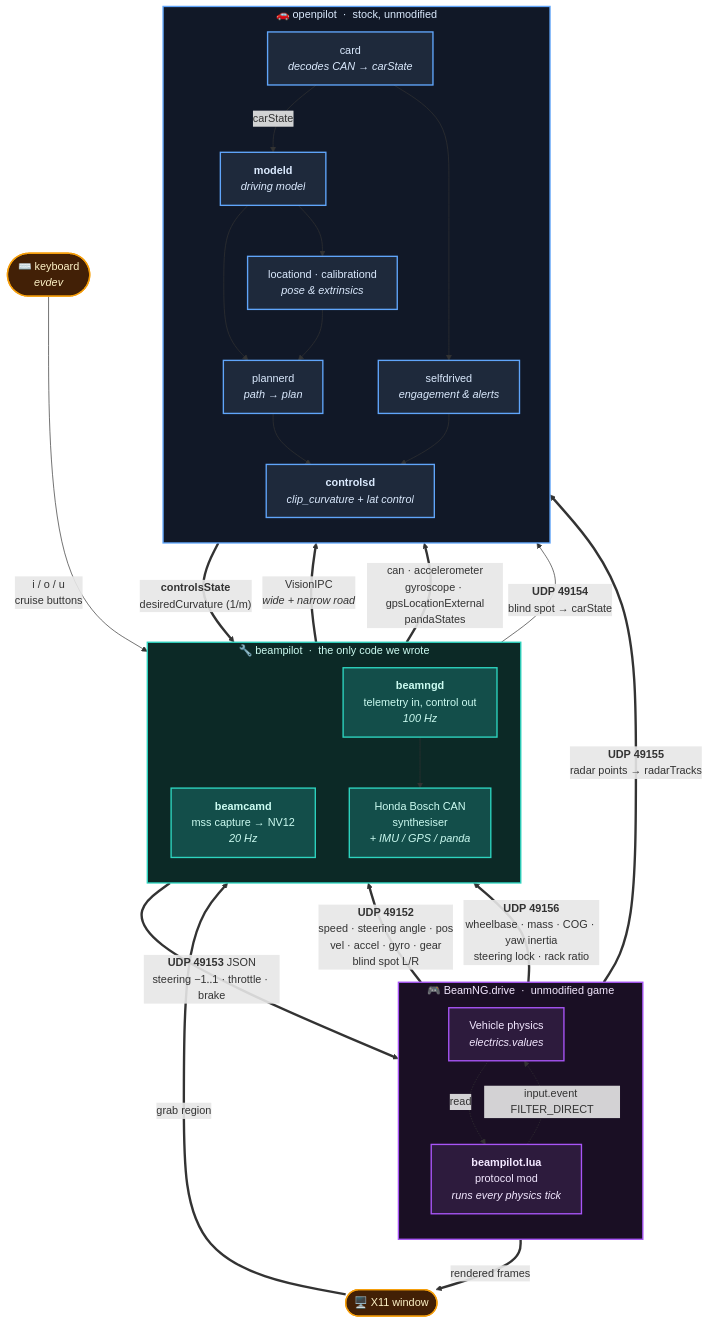
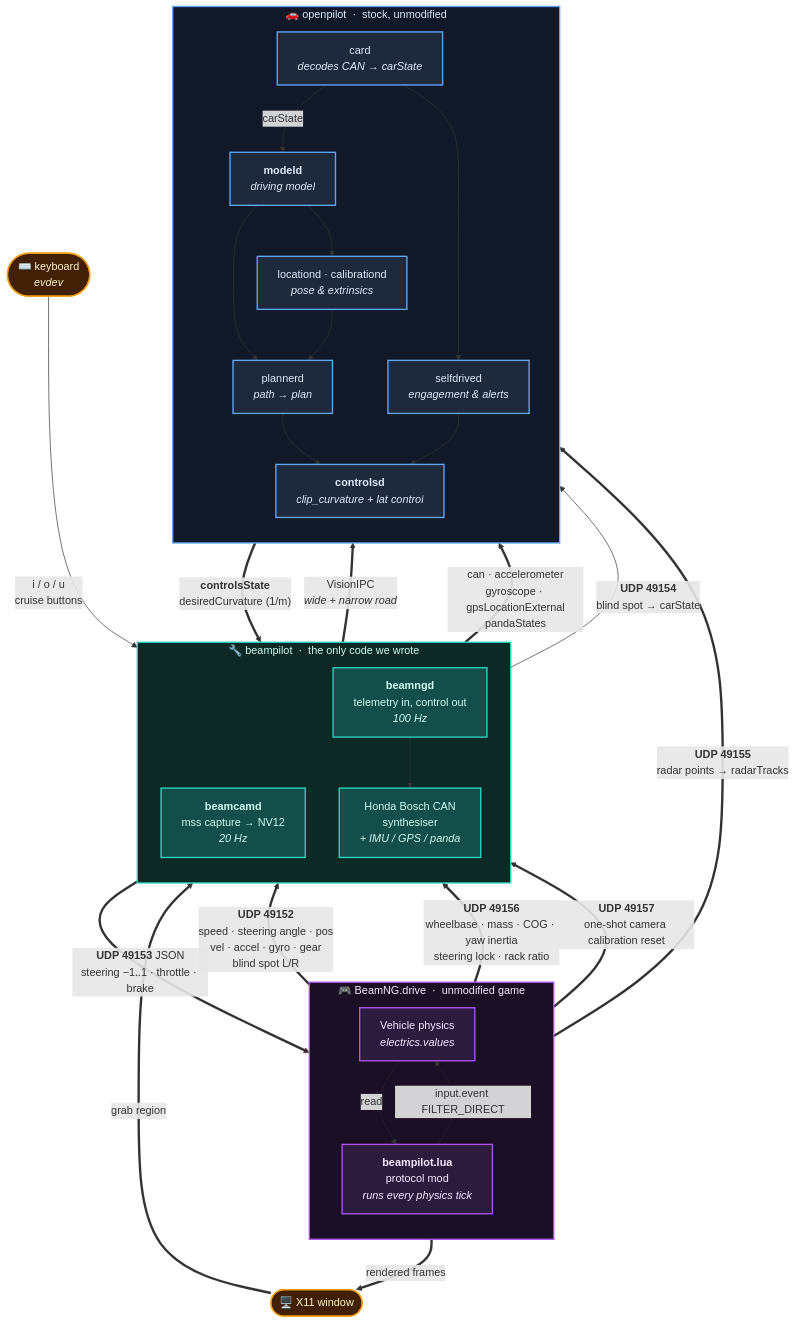
Before and after one commit to Caleb-J773/beampilot-drive: the first of 2 diagrams in README.md, drawn with Mermaid. The commit also changed other lines of this file and 18 other files, not shown here.

````diff
--- a/README.md
+++ b/README.md
@@ -1092,68 +1114,69 @@
 ```mermaid
 flowchart TB
     subgraph GAME["🎮 BeamNG.drive &nbsp;·&nbsp; unmodified game"]
         direction TB
         PHYS["Vehicle physics<br/><i>electrics.values</i>"]
         LUA["<b>beampilot.lua</b><br/>protocol mod<br/><i>runs every physics tick</i>"]
         PHYS -.->|"read"| LUA
         LUA -.->|"input.event FILTER_DIRECT"| PHYS
     end
 
     subgraph OURS["🔧 beampilot &nbsp;·&nbsp; the only code we wrote"]
         direction TB
         CAM["<b>beamcamd</b><br/>mss capture → NV12<br/><i>20 Hz</i>"]
         BNG["<b>beamngd</b><br/>telemetry in, control out<br/><i>100 Hz</i>"]
         FAKE["Honda Bosch CAN<br/>synthesiser<br/><i>+ IMU / GPS / panda</i>"]
         BNG --> FAKE
     end
 
     subgraph OP["🚗 openpilot &nbsp;·&nbsp; stock, unmodified"]
         direction TB
         CARD["card<br/><i>decodes CAN → carState</i>"]
         MODELD["<b>modeld</b><br/><i>driving model</i>"]
         LOC["locationd · calibrationd<br/><i>pose &amp; extrinsics</i>"]
         PLAN["plannerd<br/><i>path → plan</i>"]
         CTRL["<b>controlsd</b><br/><i>clip_curvature + lat control</i>"]
         SELF["selfdrived<br/><i>engagement &amp; alerts</i>"]
 
         CARD --> SELF
         MODELD --> PLAN
         MODELD --> LOC
         LOC --> PLAN
         PLAN --> CTRL
         SELF --> CTRL
     end
 
     SCREEN(["🖥️ X11 window"])
 
     GAME ==>|"rendered frames"| SCREEN
     SCREEN ==>|"grab region"| CAM
     LUA ==>|"<b>UDP 49152</b><br/>speed · steering angle · pos<br/>vel · accel · gyro · gear<br/>blind spot L/R"| BNG
     CAM ==>|"VisionIPC<br/><i>wide + narrow road</i>"| MODELD
     FAKE ==>|"can · accelerometer<br/>gyroscope · gpsLocationExternal<br/>pandaStates"| CARD
     BNG -->|"<b>UDP 49154</b><br/>blind spot → carState"| CARD
     LUA ==>|"<b>UDP 49155</b><br/>radar points → radarTracks"| CARD
     LUA ==>|"<b>UDP 49156</b><br/>wheelbase · mass · COG · yaw inertia<br/>steering lock · rack ratio"| BNG
+    GAME ==>|"<b>UDP 49157</b><br/>one-shot camera calibration reset"| BNG
     CARD -->|"carState"| MODELD
     CTRL ==>|"<b>controlsState</b><br/>desiredCurvature (1/m)"| BNG
     BNG ==>|"<b>UDP 49153</b> JSON<br/>steering −1‥1 · throttle · brake"| LUA
 
     KEYS(["⌨️ keyboard<br/><i>evdev</i>"])
     KEYS -->|"i / o / u<br/>cruise buttons"| BNG
 
     classDef gameStyle fill:#2d1b3d,stroke:#a855f7,stroke-width:2px,color:#f3e8ff
     classDef oursStyle fill:#134e4a,stroke:#2dd4bf,stroke-width:2px,color:#ccfbf1
     classDef opStyle fill:#1e293b,stroke:#60a5fa,stroke-width:2px,color:#dbeafe
     classDef ioStyle fill:#422006,stroke:#f59e0b,stroke-width:2px,color:#fef3c7
 
     class PHYS,LUA gameStyle
     class CAM,BNG,FAKE oursStyle
     class CARD,MODELD,LOC,PLAN,CTRL,SELF opStyle
     class SCREEN,KEYS ioStyle
 
     %% subgraph containers -- explicit so they don't fall back to the theme's
     %% pale default, which clashes with the dark node fills in both GitHub modes
     style GAME fill:#1a0f24,stroke:#a855f7,stroke-width:2px,color:#f3e8ff
     style OURS fill:#0c2926,stroke:#2dd4bf,stroke-width:2px,color:#ccfbf1
     style OP fill:#111827,stroke:#60a5fa,stroke-width:2px,color:#dbeafe
 ```
````
